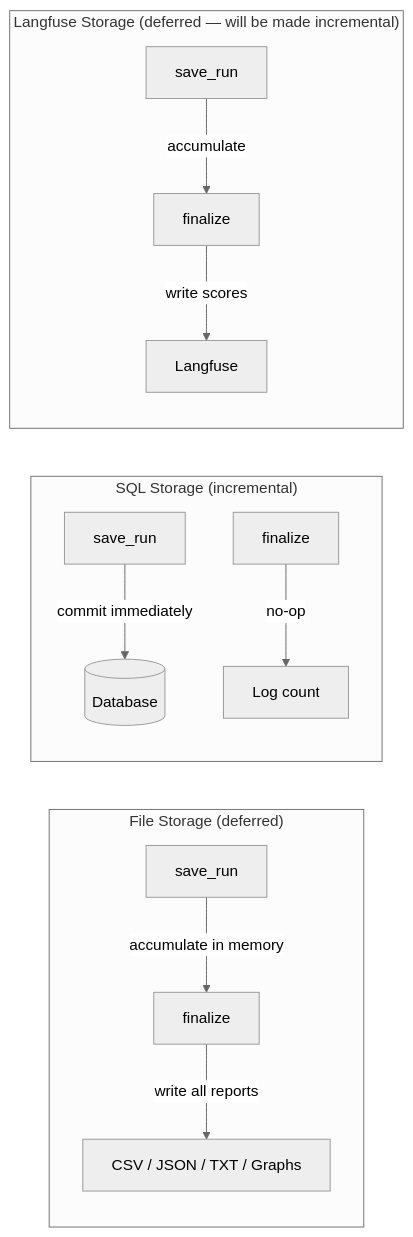
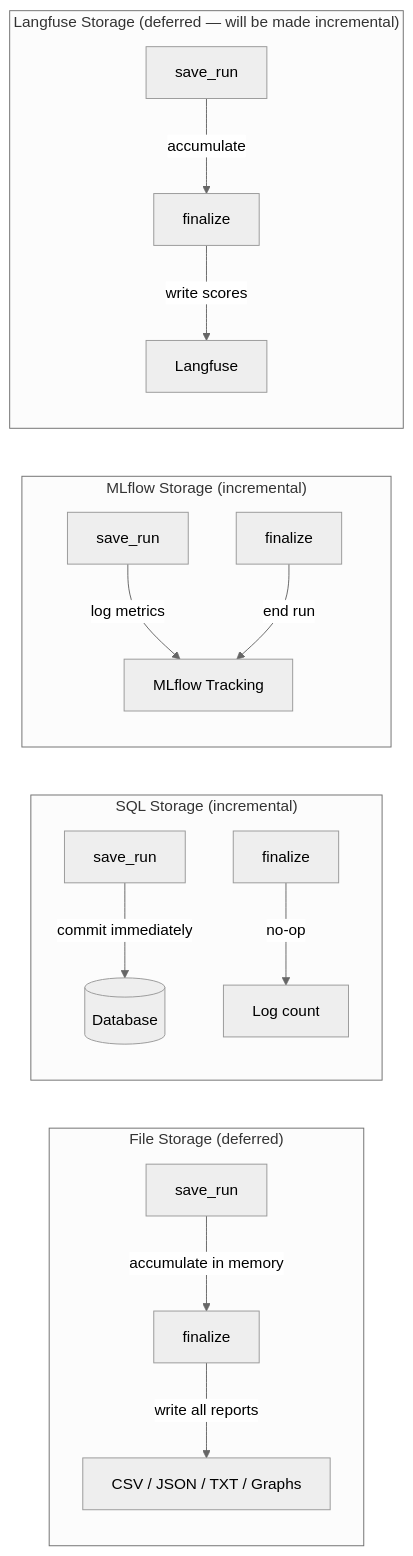
The eighth of 8 diagrams in ARCHITECTURE.md (lightspeed-core/lightspeed-evaluation), drawn with Mermaid (neutral theme) before and after one commit. The commit also changed other lines of this file and 7 other files, not shown here.

````diff
--- a/ARCHITECTURE.md
+++ b/ARCHITECTURE.md
@@ -232,17 +234,22 @@
 ```mermaid
 graph LR
     subgraph "File Storage (deferred)"
         FS_SR[save_run] -->|accumulate in memory| FS_F[finalize]
         FS_F -->|write all reports| Disk[CSV / JSON / TXT / Graphs]
     end
 
     subgraph "SQL Storage (incremental)"
         SQL_SR[save_run] -->|commit immediately| DB[(Database)]
         SQL_F[finalize] -->|no-op| Log[Log count]
     end
 
+    subgraph "MLflow Storage (incremental)"
+        ML_SR[save_run] -->|log metrics| MLT[MLflow Tracking]
+        ML_F[finalize] -->|end run| MLT
+    end
+
     subgraph "Langfuse Storage (deferred — will be made incremental)"
         LF_SR[save_run] -->|accumulate| LF_F[finalize]
         LF_F -->|write scores| LFP[Langfuse]
     end
 ```
````
